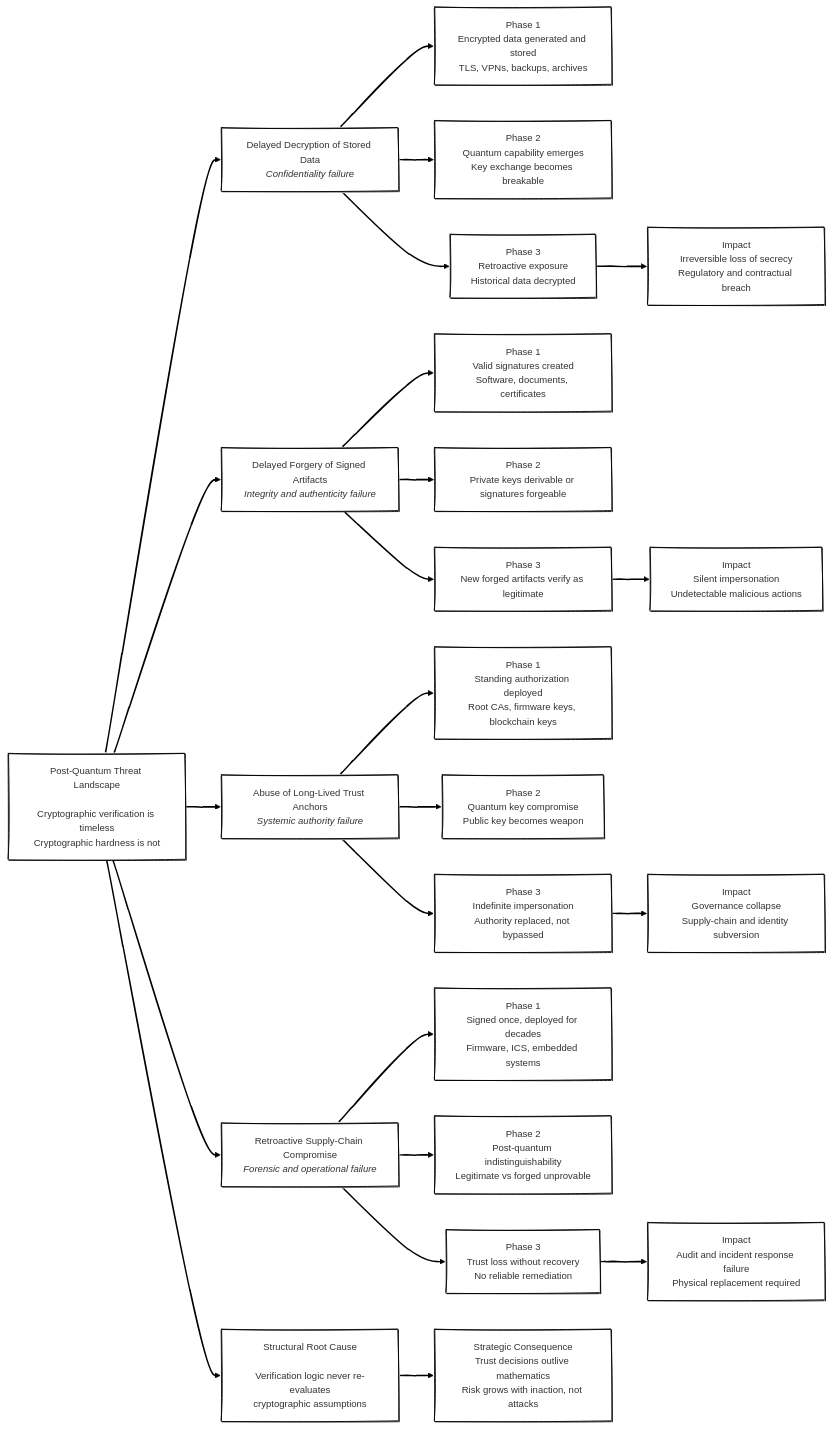
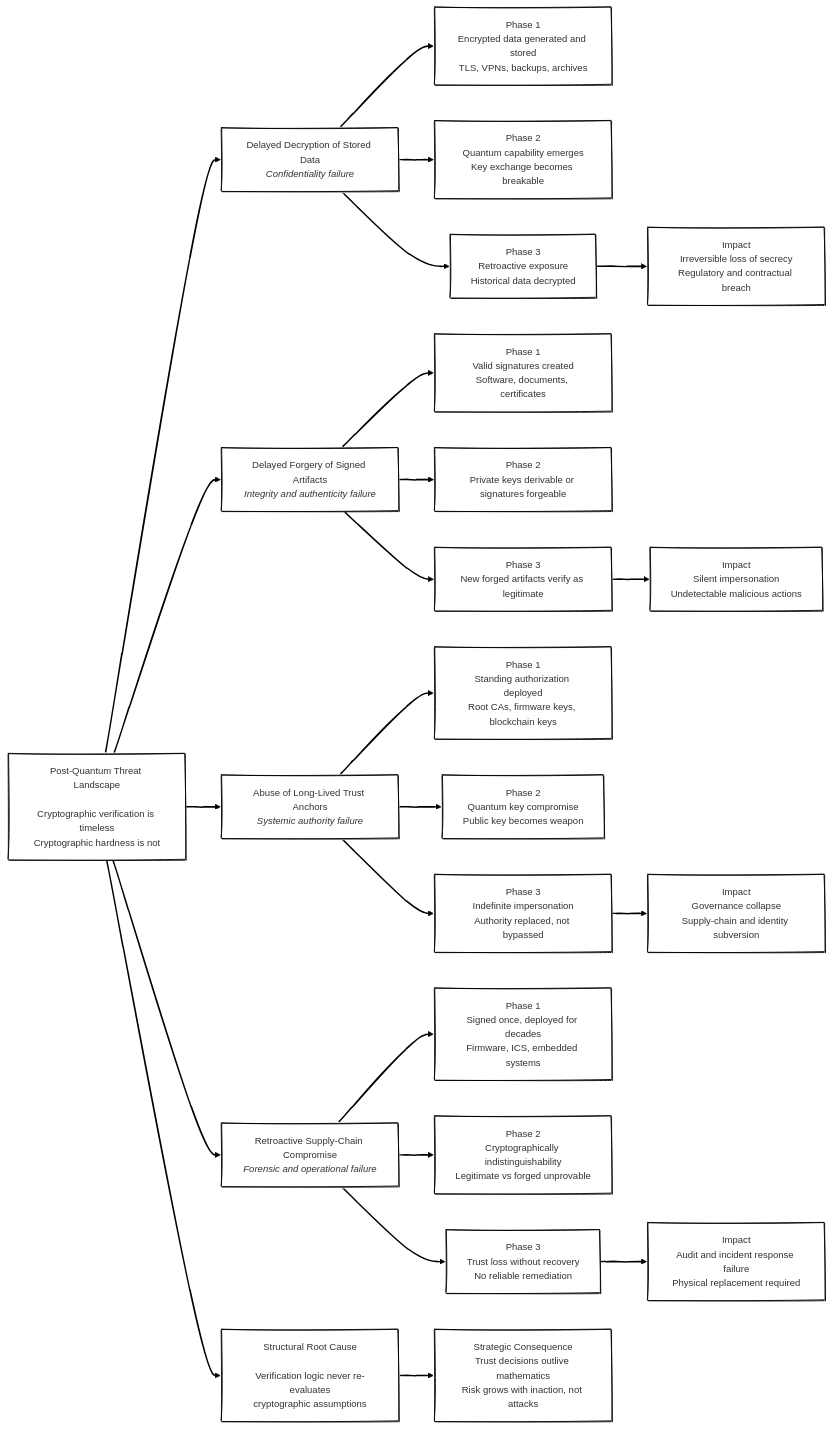
The second of 5 diagrams in longforms/when-digital-trust-expires-quantum-computing-and-the-collapse-of-signature-based-security/index.qmd (antomon/antomon.github.io), drawn with Mermaid before and after one commit. The commit also changed other lines of this file and 5 other files, not shown here.

````diff
--- a/longforms/when-digital-trust-expires-quantum-computing-and-the-collapse-of-signature-based-security/index.qmd
+++ b/longforms/when-digital-trust-expires-quantum-computing-and-the-collapse-of-signature-based-security/index.qmd
@@ -125,52 +123,52 @@
 ```{mermaid}
 %%| label: fig-post-quantum-threat-landscape
 %%| fig-cap: "Post-quantum threat landscape as a visual table of contents. Each branch represents a structurally distinct failure mode arising from the temporal mismatch between timeless cryptographic verification and time-bounded cryptographic hardness. The diagram mirrors the article structure, showing how delayed decryption, delayed forgery, abuse of long-lived trust anchors, and retroactive supply-chain compromise unfold through phased mechanisms and culminate in irreversible trust failures."
 %%| fig-alt: "Visual map of post-quantum threats and their phases"
 %%| fig-align: "center"
 %%{init: {"theme": "neo", "look": "handDrawn"}}%%
 
 flowchart LR
 
     A["Post-Quantum Threat Landscape<br/><br/>Cryptographic verification is timeless<br/>Cryptographic hardness is not"]
 
     %% --- Delayed Decryption ---
     A --> DD["Delayed Decryption of Stored Data<br/><i>Confidentiality failure</i>"]
 
     DD --> DD1["Phase 1<br/>Encrypted data generated and stored<br/>TLS, VPNs, backups, archives"]
     DD --> DD2["Phase 2<br/>Quantum capability emerges<br/>Key exchange becomes breakable"]
     DD --> DD3["Phase 3<br/>Retroactive exposure<br/>Historical data decrypted"]
 
     DD3 --> DDX["Impact<br/>Irreversible loss of secrecy<br/>Regulatory and contractual breach"]
 
     %% --- Delayed Forgery ---
     A --> DF["Delayed Forgery of Signed Artifacts<br/><i>Integrity and authenticity failure</i>"]
 
     DF --> DF1["Phase 1<br/>Valid signatures created<br/>Software, documents, certificates"]
     DF --> DF2["Phase 2<br/>Private keys derivable or signatures forgeable"]
     DF --> DF3["Phase 3<br/>New forged artifacts verify as legitimate"]
 
     DF3 --> DFX["Impact<br/>Silent impersonation<br/>Undetectable malicious actions"]
 
     %% --- Trust Anchor Abuse ---
     A --> TA["Abuse of Long-Lived Trust Anchors<br/><i>Systemic authority failure</i>"]
 
     TA --> TA1["Phase 1<br/>Standing authorization deployed<br/>Root CAs, firmware keys, blockchain keys"]
     TA --> TA2["Phase 2<br/>Quantum key compromise<br/>Public key becomes weapon"]
     TA --> TA3["Phase 3<br/>Indefinite impersonation<br/>Authority replaced, not bypassed"]
 
     TA3 --> TAX["Impact<br/>Governance collapse<br/>Supply-chain and identity subversion"]
 
     %% --- Retroactive Supply Chain ---
     A --> SC["Retroactive Supply-Chain Compromise<br/><i>Forensic and operational failure</i>"]
 
     SC --> SC1["Phase 1<br/>Signed once, deployed for decades<br/>Firmware, ICS, embedded systems"]
-    SC --> SC2["Phase 2<br/>Post-quantum indistinguishability<br/>Legitimate vs forged unprovable"]
+    SC --> SC2["Phase 2<br/>Cryptographically indistinguishability<br/>Legitimate vs forged unprovable"]
     SC --> SC3["Phase 3<br/>Trust loss without recovery<br/>No reliable remediation"]
 
     SC3 --> SCX["Impact<br/>Audit and incident response failure<br/>Physical replacement required"]
 
     %% --- Structural Root ---
     A --> R["Structural Root Cause<br/><br/>Verification logic never re-evaluates<br/>cryptographic assumptions"]
 
     R --> RX["Strategic Consequence<br/>Trust decisions outlive mathematics<br/>Risk grows with inaction, not attacks"]
 ```
````
